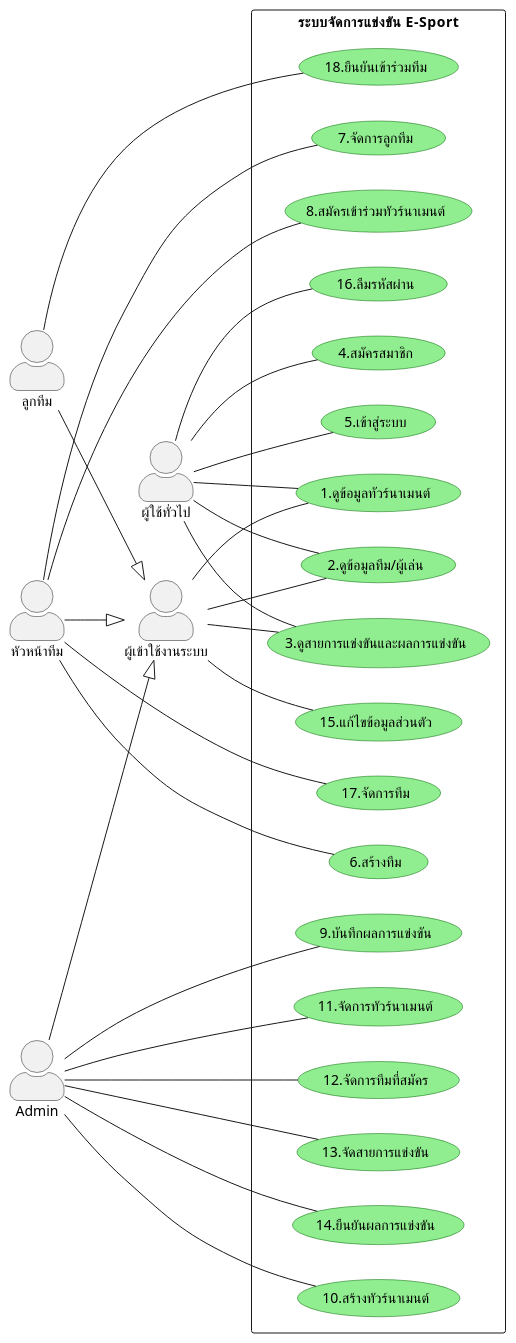
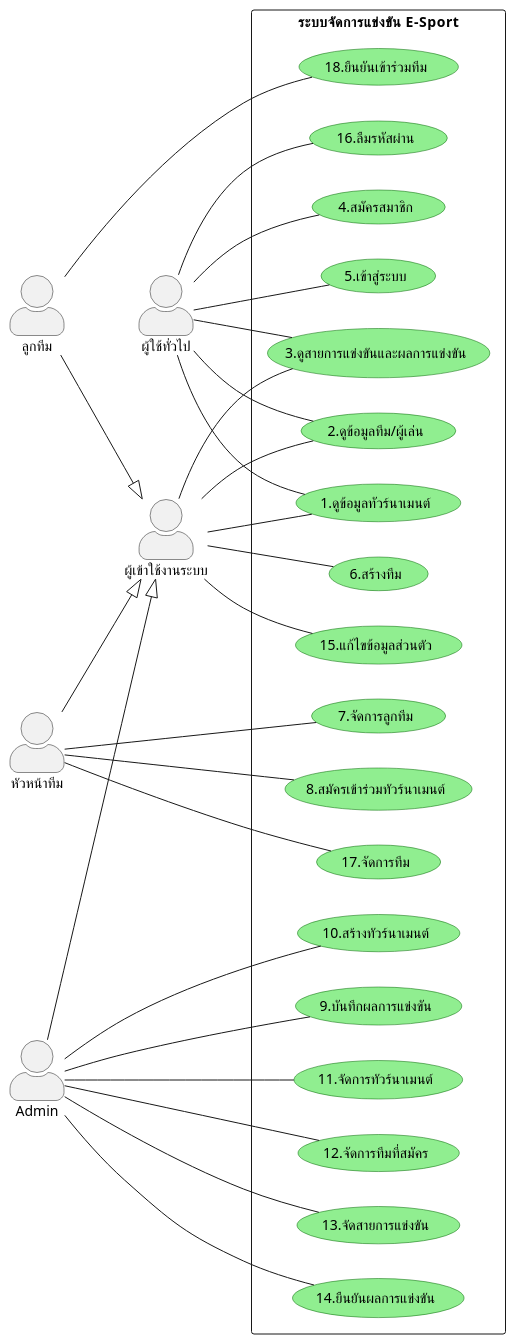
One commit to Thavizup-Deesan/DSSI-Project-TEAMSUFFER changed the diagram in Diagram/Usecase.puml. Above: the diagram before and after it, drawn with PlantUML. The commit also changed 1 other file, not shown here.

```diff
--- a/Diagram/Usecase.puml
+++ b/Diagram/Usecase.puml
@@ -1,76 +1,83 @@
-@startuml
+@startuml "Use Case Diagram (Revised)"
 ' ตั้งค่า theme ของแผนภาพ
 skinparam actorStyle awesome
 skinparam usecase {
     BackgroundColor #LightGreen
     BorderColor #DarkGreen
 }
 left to right direction
 
 ' กำหนด Actor
 actor "ผู้ใช้ทั่วไป" as User
 actor "ลูกทีม" as Member
 actor "หัวหน้าทีม" as TeamLead
 actor "Admin" as Admin
 actor "ผู้เข้าใช้งานระบบ" as SiteUser
 
 rectangle "ระบบจัดการแข่งขัน E-Sport" {
     ' Use Cases - General
     usecase UC01 as "1.ดูข้อมูลทัวร์นาเมนต์"
     usecase UC16 as "16.ลืมรหัสผ่าน"
     usecase UC02 as "2.ดูข้อมูลทีม/ผู้เล่น"
     usecase UC03 as "3.ดูสายการแข่งขันและผลการแข่งขัน"
     usecase UC04 as "4.สมัครสมาชิก"
     usecase UC05 as "5.เข้าสู่ระบบ"
 
     ' Use Cases - Team Management
     usecase UC06 as "6.สร้างทีม"
     usecase UC07 as "7.จัดการลูกทีม"
     usecase UC08 as "8.สมัครเข้าร่วมทัวร์นาเมนต์"
     usecase UC17 as "17.จัดการทีม"
 
     usecase UC18 as "18.ยืนยันเข้าร่วมทีม"
     ' use case for admin
     usecase UC10 as "10.สร้างทัวร์นาเมนต์"
     usecase UC09 as "9.บันทึกผลการแข่งขัน"
     usecase UC11 as "11.จัดการทัวร์นาเมนต์"
     usecase UC12 as "12.จัดการทีมที่สมัคร"
     usecase UC13 as "13.จัดสายการแข่งขัน"
     usecase UC14 as "14.ยืนยันผลการแข่งขัน"
 
     usecase UC15 as "15.แก้ไขข้อมูลส่วนตัว"
 }
 
+' --- General User Flow ---
 User -- UC01
 User -- UC16
 User -- UC02
 User -- UC03
 User -- UC04
 User -- UC05
 
+' --- SiteUser (Logged-in User) Flow ---
 SiteUser -- UC01
 SiteUser -- UC02
 SiteUser -- UC03
+SiteUser -- UC15
+' *** จุดแก้ไขที่สำคัญ ***
+' SiteUser คือผู้ที่สามารถ "สร้างทีม" เพื่อที่จะกลายเป็น TeamLead
+SiteUser -- UC06
 
-TeamLead -- UC06
+' --- TeamLead Flow ---
+' หลังจากเป็น TeamLead แล้ว จึงจะสามารถจัดการทีมได้
 TeamLead -- UC07
 TeamLead -- UC08
 TeamLead -- UC17
 
+' --- Member Flow ---
 Member -- UC18
-SiteUser -- UC15
 
+' --- Admin Flow ---
 Admin -- UC11
 Admin -- UC09
 Admin -- UC10
 Admin -- UC12
 Admin -- UC13
 Admin -- UC14
 
-
-
+' --- Generalization (Inheritance) ---
 TeamLead --|> SiteUser
 Admin --|> SiteUser
 Member --|> SiteUser
 
 @enduml
```
